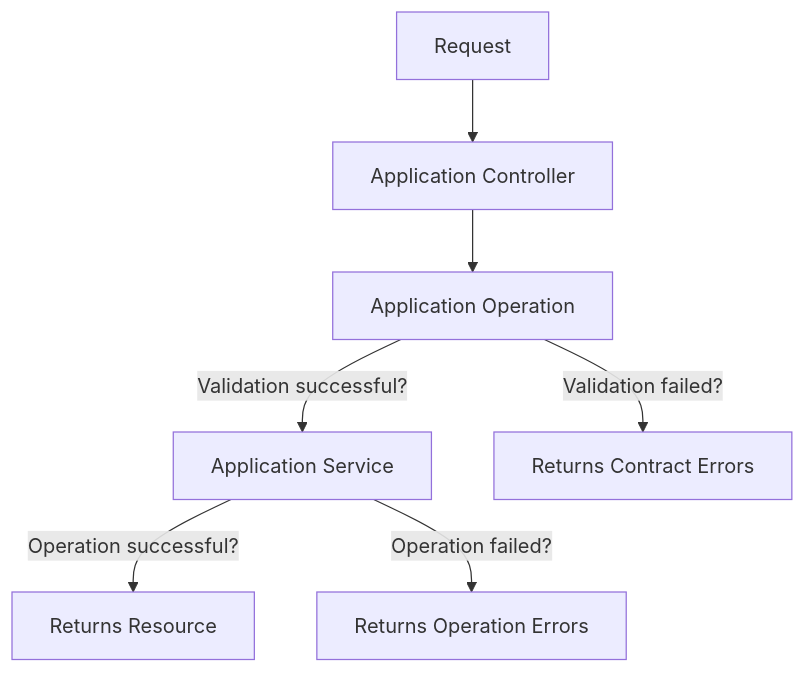
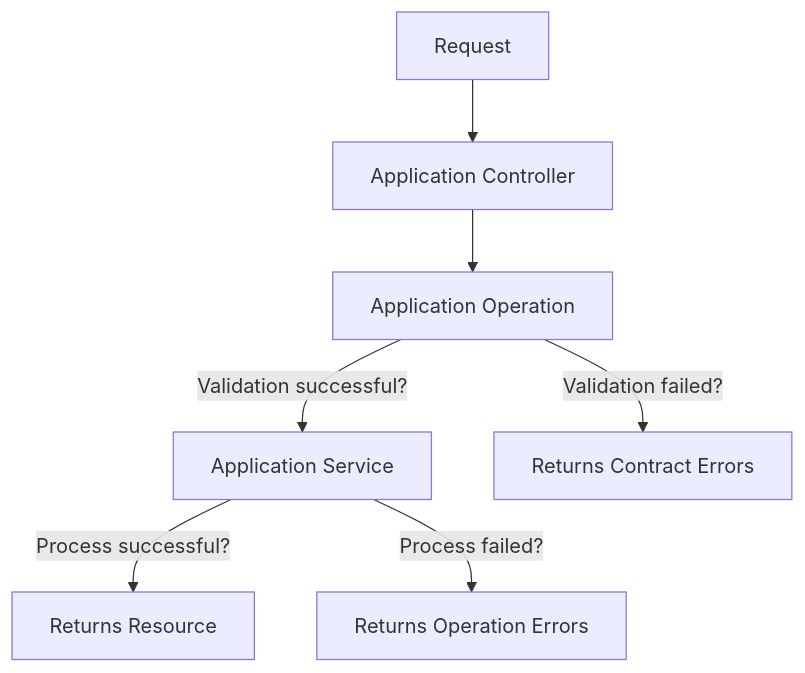
The diagram in README.md (shftco/rails-api-boilerplate), drawn with Mermaid before and after one commit.

````diff
--- a/README.md
+++ b/README.md
@@ -12,9 +12,9 @@
 ```mermaid
 flowchart TD
   R[Request] --> C[Application Controller]
   C --> O[Application Operation]
   O -- Validation successful? --> S[Application Service]
   O -- Validation failed? --> E[Returns Contract Errors]
-  S -- Operation successful? --> RS[Returns Resource]
-  S -- Operation failed? --> OE[Returns Operation Errors]
+  S -- Process successful? --> RS[Returns Resource]
+  S -- Process failed? --> OE[Returns Operation Errors]
 ```
````
